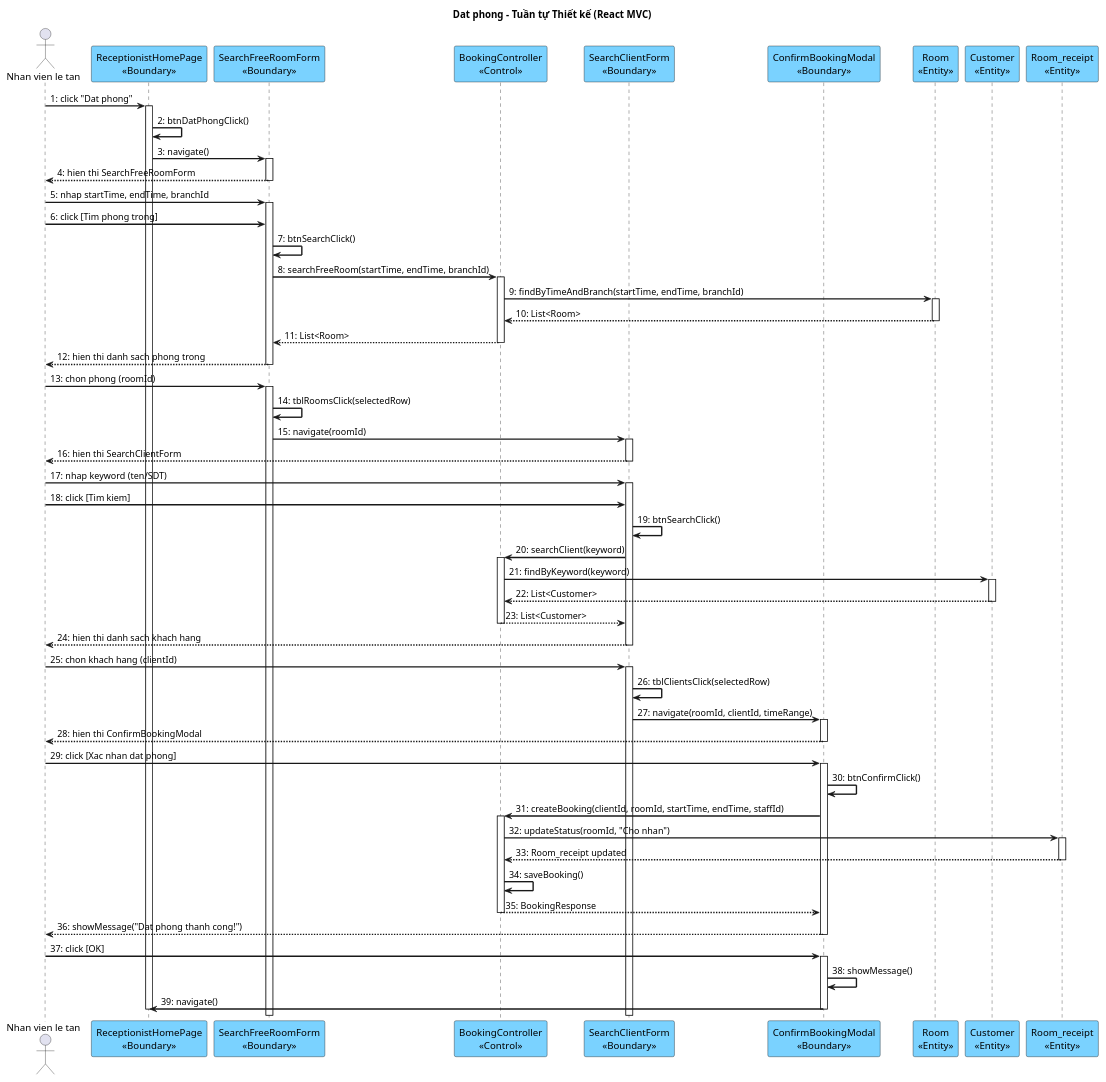
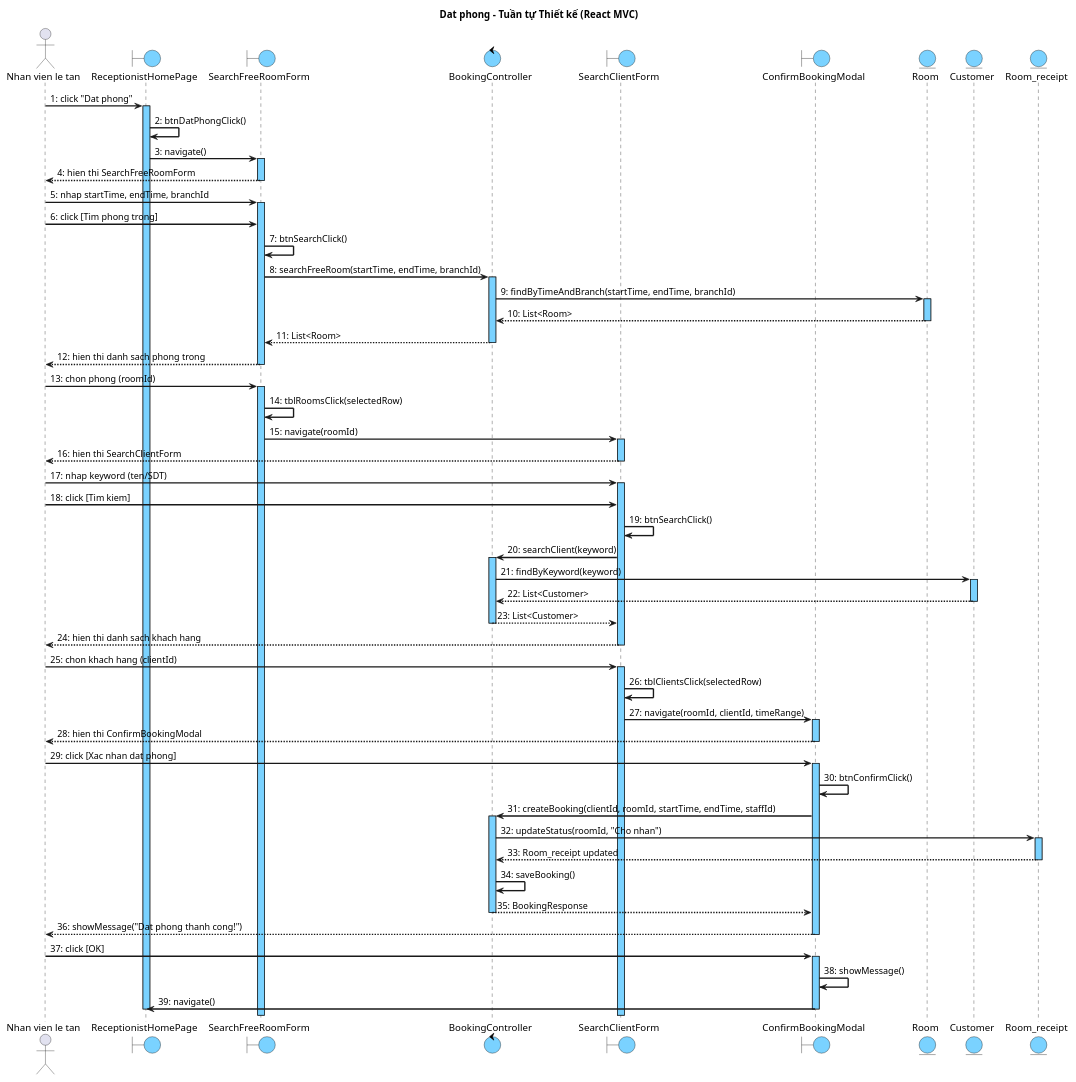
The first of 4 diagrams in docs/tabs/section-booking-iii.4.md (thanhtrnnn/cnpm), drawn with PlantUML before and after one commit. The commit also changed other lines of this file and 10 other files, not shown here.

First line of the commit message:
fix: sequence diagrams - blue activation bars + boundary/entity circle symbols

```diff
--- a/docs/tabs/section-booking-iii.4.md
+++ b/docs/tabs/section-booking-iii.4.md
@@ -10,6 +10,7 @@
 skinparam shadowing false
 skinparam SequenceMessageAlign left
 skinparam SequenceArrowThickness 2
+skinparam SequenceLifeLineBackgroundColor #7AD2FF
 skinparam ParticipantBackgroundColor #7AD2FF
 skinparam ParticipantBorderColor black
 skinparam BoundaryBackgroundColor #7AD2FF
@@ -22,14 +23,14 @@
 title Dat phong – Tuần tự Thiết kế (React MVC)
 
 actor "Nhan vien le tan" as NV
-participant "ReceptionistHomePage\n<<Boundary>>" as Home
-participant "SearchFreeRoomForm\n<<Boundary>>" as SRF
-participant "BookingController\n<<Control>>" as Ctrl
-participant "SearchClientForm\n<<Boundary>>" as SCF
-participant "ConfirmBookingModal\n<<Boundary>>" as CBM
-participant "Room\n<<Entity>>" as Room
-participant "Customer\n<<Entity>>" as Cust
-participant "Room_receipt\n<<Entity>>" as RR
+boundary "ReceptionistHomePage" as Home
+boundary "SearchFreeRoomForm" as SRF
+control "BookingController" as Ctrl
+boundary "SearchClientForm" as SCF
+boundary "ConfirmBookingModal" as CBM
+entity "Room" as Room
+entity "Customer" as Cust
+entity "Room_receipt" as RR
 
 NV -> Home : 1: click "Dat phong"
 activate Home
```
